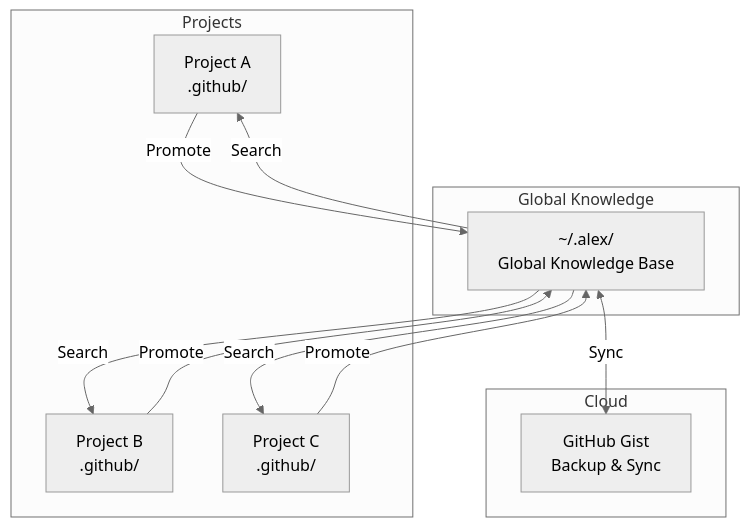
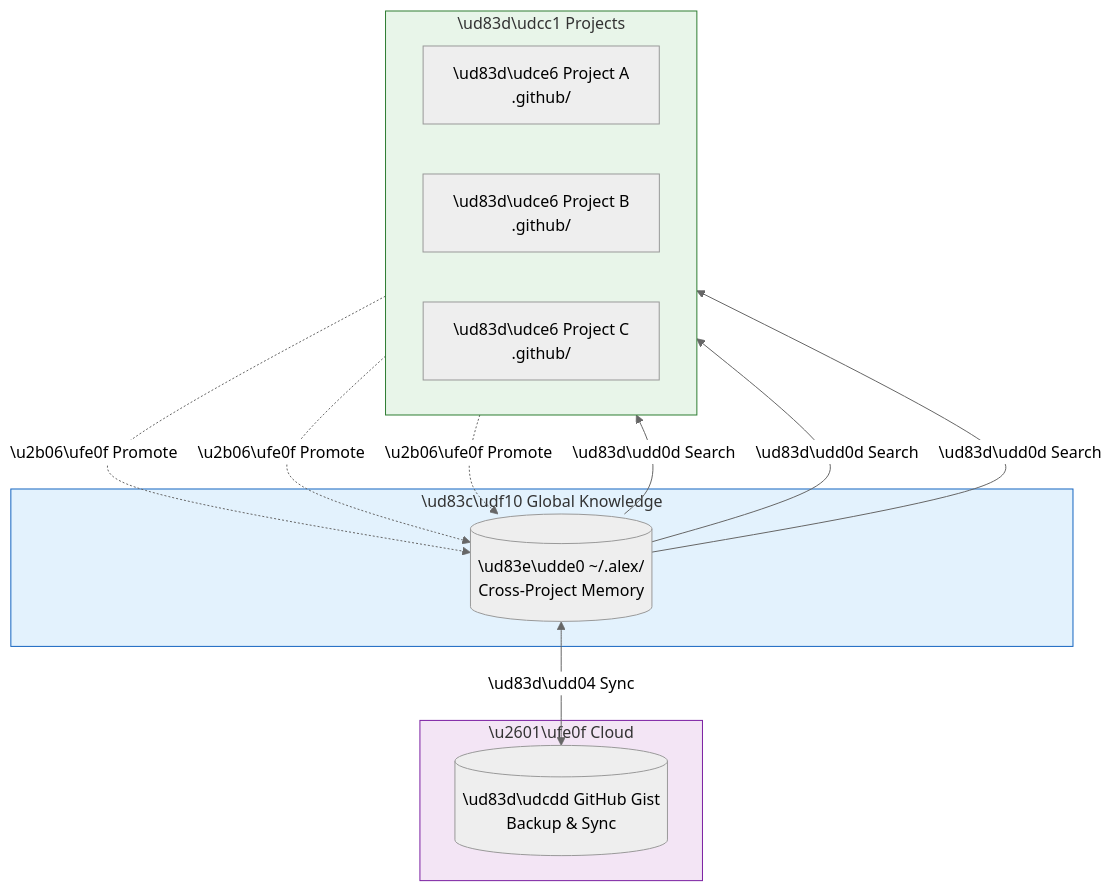
One commit to fabioc-aloha/Alex_Plug_In changed the first of 5 diagrams in alex_docs/GLOBAL-KNOWLEDGE.md. Above: the diagram before and after it, drawn with Mermaid (neutral theme). The commit also changed other lines of this file and 11 other files, not shown here.

````diff
--- a/alex_docs/GLOBAL-KNOWLEDGE.md
+++ b/alex_docs/GLOBAL-KNOWLEDGE.md
@@ -11,26 +11,31 @@
 ```mermaid
-graph TB
-    subgraph "Projects"
-        P1[Project A<br/>.github/]
-        P2[Project B<br/>.github/]
-        P3[Project C<br/>.github/]
+flowchart TB
+    subgraph PROJECTS["\ud83d\udcc1 Projects"]
+        direction LR
+        P1["\ud83d\udce6 Project A<br/>.github/"]
+        P2["\ud83d\udce6 Project B<br/>.github/"]
+        P3["\ud83d\udce6 Project C<br/>.github/"]
     end
 
-    subgraph "Global Knowledge"
-        GK["~/.alex/<br/>Global Knowledge Base"]
+    subgraph GLOBAL["\ud83c\udf10 Global Knowledge"]
+        GK[("\ud83e\udde0 ~/.alex/<br/>Cross-Project Memory")]
     end
 
-    subgraph "Cloud"
-        GIST[GitHub Gist<br/>Backup & Sync]
+    subgraph CLOUD["\u2601\ufe0f Cloud"]
+        GIST[("\ud83d\udcdd GitHub Gist<br/>Backup & Sync")]
     end
 
-    P1 -->|"Promote"| GK
-    P2 -->|"Promote"| GK
-    P3 -->|"Promote"| GK
+    P1 -.->|"\u2b06\ufe0f Promote"| GK
+    P2 -.->|"\u2b06\ufe0f Promote"| GK
+    P3 -.->|"\u2b06\ufe0f Promote"| GK
 
-    GK -->|"Search"| P1
-    GK -->|"Search"| P2
-    GK -->|"Search"| P3
+    GK -->|"\ud83d\udd0d Search"| P1
+    GK -->|"\ud83d\udd0d Search"| P2
+    GK -->|"\ud83d\udd0d Search"| P3
 
-    GK <-->|"Sync"| GIST
+    GK <-->|"\ud83d\udd04 Sync"| GIST
+
+    style PROJECTS fill:#e8f5e9,stroke:#2e7d32
+    style GLOBAL fill:#e3f2fd,stroke:#1565c0
+    style CLOUD fill:#f3e5f5,stroke:#7b1fa2
 ```
````
